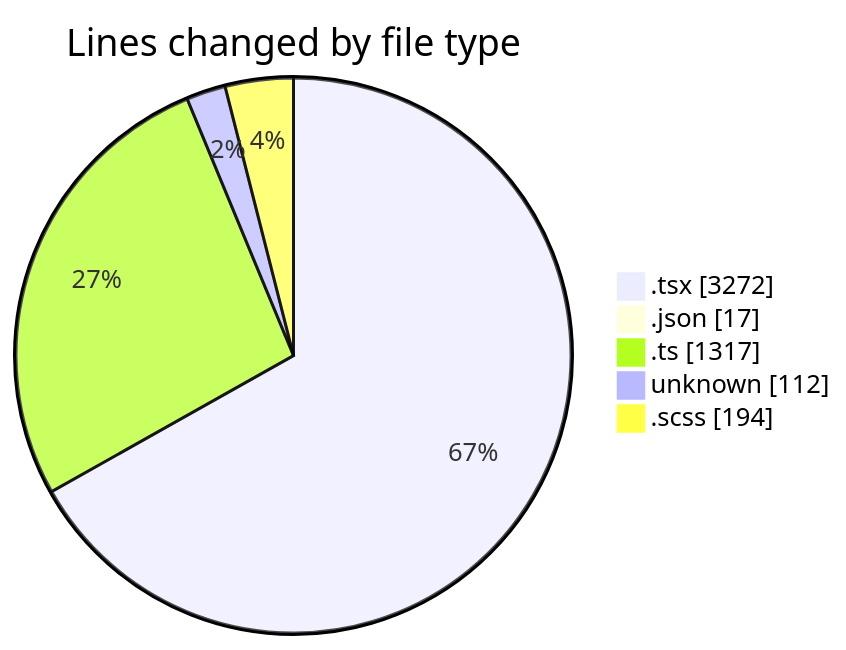
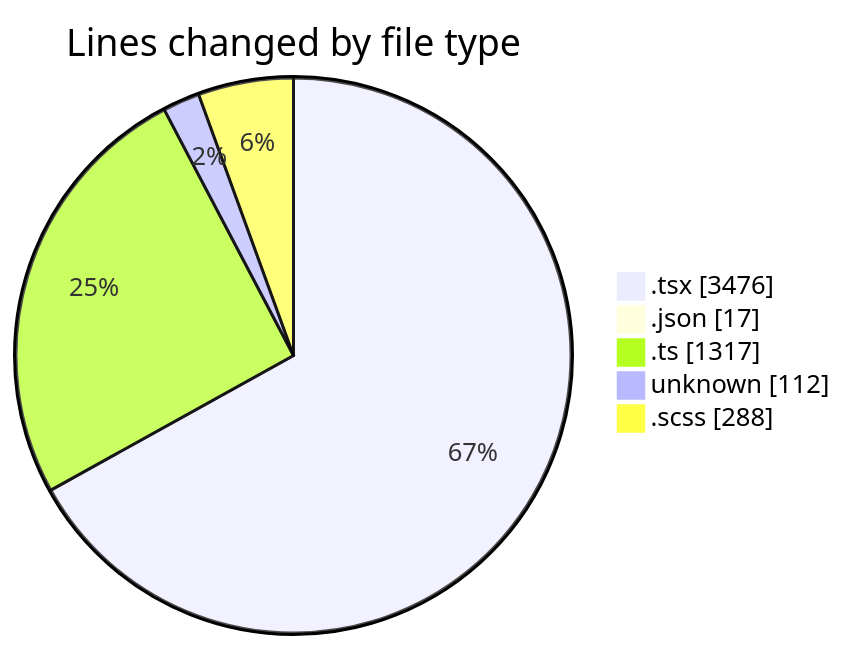
One commit to momahboobian/code-tracking changed the first of 2 diagrams in 2026-04-30/cda/README.md. Above: the diagram before and after it, drawn with Mermaid. The commit also changed other lines of this file and 1 other file, not shown here.

````diff
--- a/2026-04-30/cda/README.md
+++ b/2026-04-30/cda/README.md
@@ -59,9 +62,9 @@
 ```mermaid
 pie showData
 title Lines changed by file type
-".tsx" : 3272
+".tsx" : 3476
 ".json" : 17
 ".ts" : 1317
 "unknown" : 112
-".scss" : 194
+".scss" : 288
 ```
````
